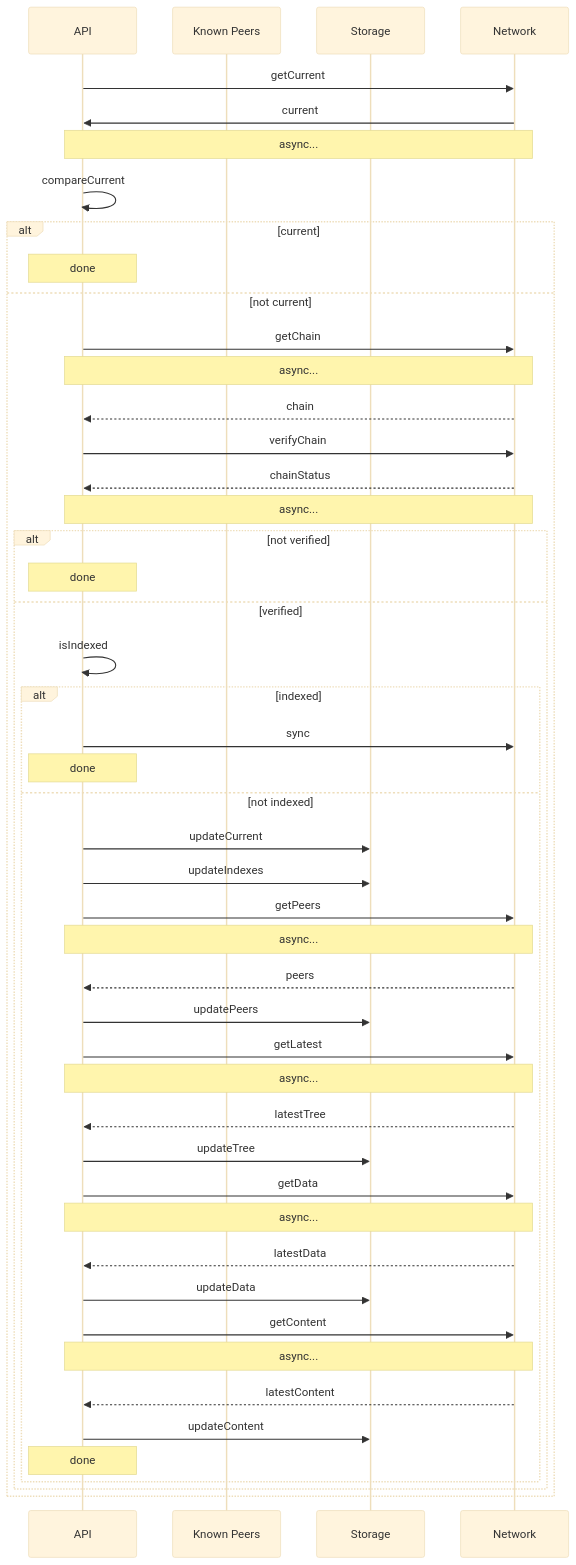
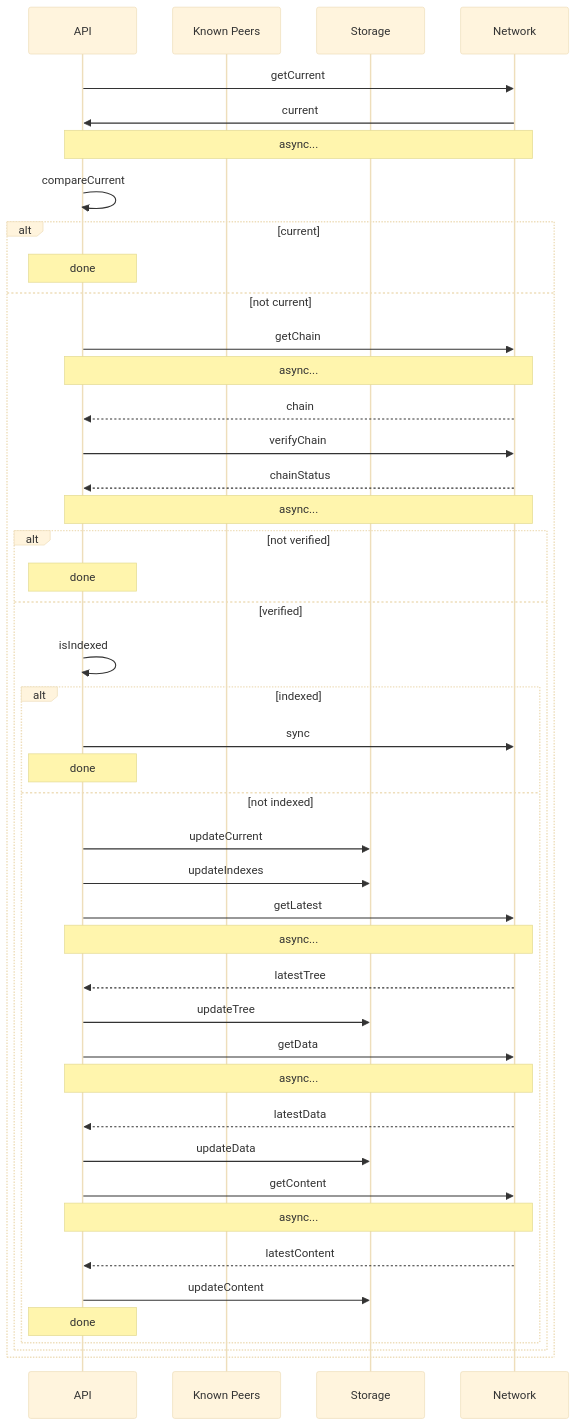
One commit to social-production/planning changed the diagram in docs/diagrams/system-syncing-workflow.mmd. Above: the diagram before and after it, drawn with Mermaid (base theme). The commit also changed 10 other files, not shown here.

First line of the commit message:
Move images into docs/diagrams and update all md references

```diff
--- a/docs/diagrams/system-syncing-workflow.mmd
+++ b/docs/diagrams/system-syncing-workflow.mmd
@@ -1,55 +1,51 @@
 sequenceDiagram
     participant API
     participant KnownPeers as Known Peers
     participant Storage
     participant Network
 
     API->>Network: getCurrent
     Network->>API: current
     note over API,Network: async...
     API->>API: compareCurrent
 
     alt current
         note over API: done
 
     else not current
         API->>Network: getChain
         note over API,Network: async...
         Network-->>API: chain
         API->>Network: verifyChain
         Network-->>API: chainStatus
         note over API,Network: async...
 
         alt not verified
             note over API: done
 
         else verified
             API->>API: isIndexed
 
             alt indexed
                 API->>Network: sync
                 note over API: done
 
             else not indexed
                 API->>Storage: updateCurrent
                 API->>Storage: updateIndexes
-                API->>Network: getPeers
-                note over API,Network: async...
-                Network-->>API: peers
-                API->>Storage: updatePeers
                 API->>Network: getLatest
                 note over API,Network: async...
                 Network-->>API: latestTree
                 API->>Storage: updateTree
                 API->>Network: getData
                 note over API,Network: async...
                 Network-->>API: latestData
                 API->>Storage: updateData
                 API->>Network: getContent
                 note over API,Network: async...
                 Network-->>API: latestContent
                 API->>Storage: updateContent
                 note over API: done
             end
         end
     end
```
